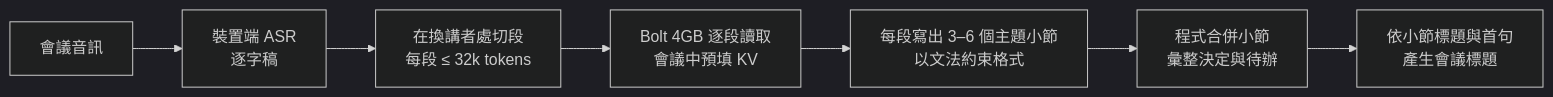
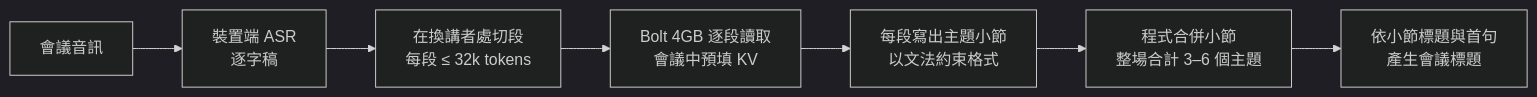
Before and after one commit to vieenrose/meeting-summarizer: the diagram in README.md, drawn with Mermaid (dark theme). The commit also changed other lines of this file, not shown here.

````diff
--- a/README.md
+++ b/README.md
@@ -9,9 +9,9 @@
 ```mermaid
 flowchart LR
     A[會議音訊] --> B[裝置端 ASR<br/>逐字稿]
     B --> C[在換講者處切段<br/>每段 ≤ 32k tokens]
     C --> D[Bolt 4GB 逐段讀取<br/>會議中預填 KV]
-    D --> E[每段寫出 3–6 個主題小節<br/>以文法約束格式]
-    E --> F[程式合併小節<br/>彙整決定與待辦]
+    D --> E[每段寫出主題小節<br/>以文法約束格式]
+    E --> F[程式合併小節<br/>整場合計 3–6 個主題]
     F --> G[依小節標題與首句<br/>產生會議標題]
 ```
````
